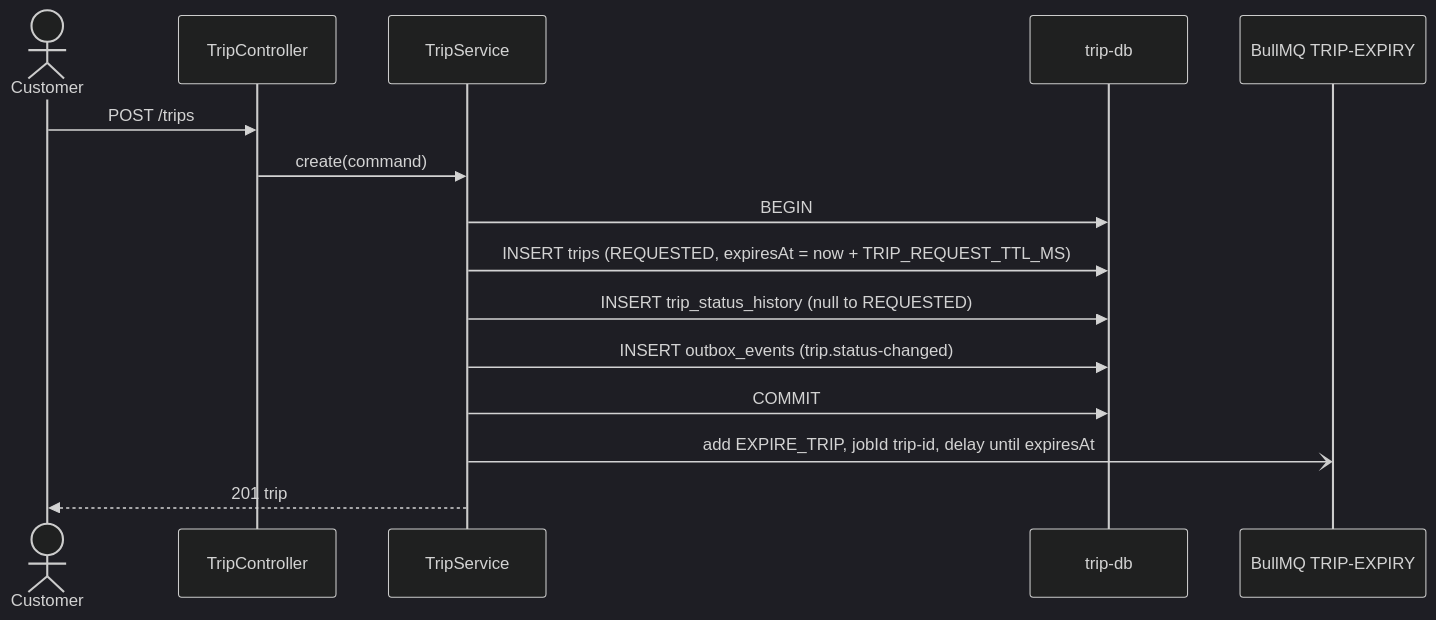
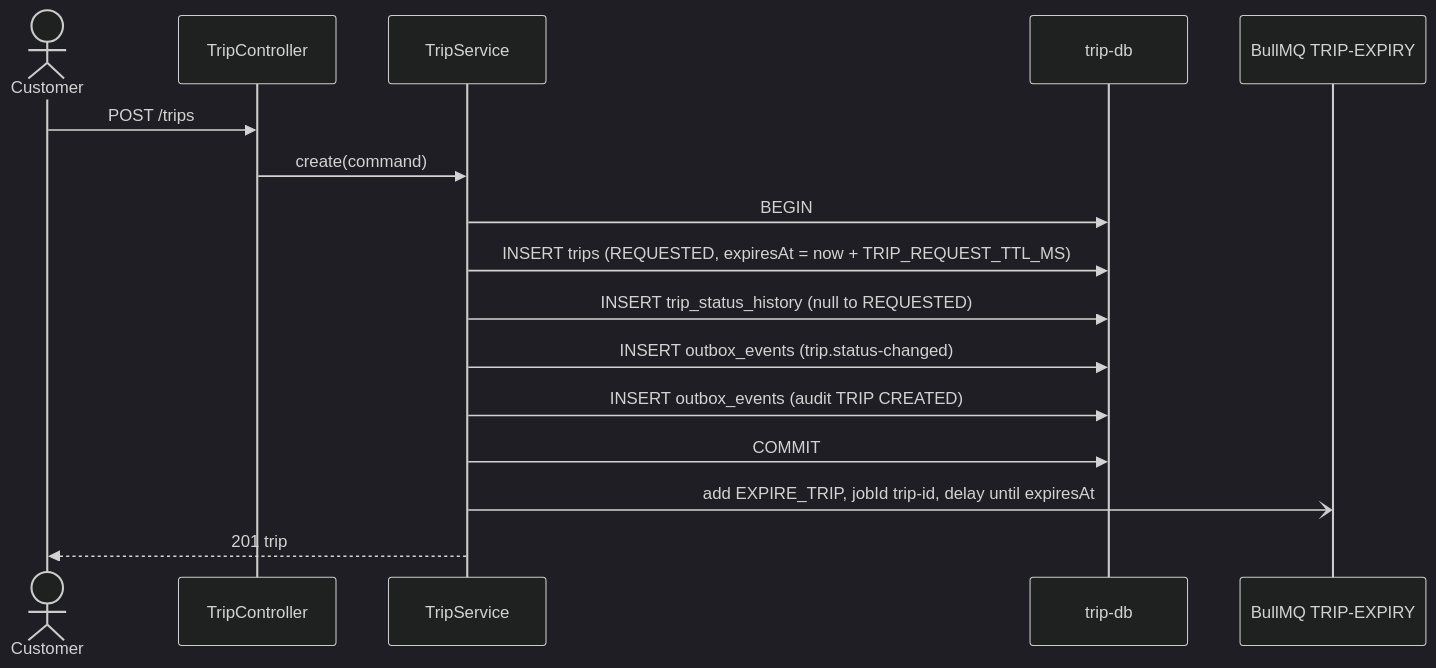
One commit to Mohammed-Taysser/masr3 changed the fifth of 9 diagrams in docs/services/trip-service.md. Above: the diagram before and after it, drawn with Mermaid (dark theme). The commit also changed other lines of this file and 114 other files, not shown here.

````diff
--- a/docs/services/trip-service.md
+++ b/docs/services/trip-service.md
@@ -138,17 +140,18 @@
 ```mermaid
 sequenceDiagram
   actor C as Customer
   participant API as TripController
   participant S as TripService
   participant DB as trip-db
   participant Q as BullMQ TRIP-EXPIRY
   C->>API: POST /trips
   API->>S: create(command)
   S->>DB: BEGIN
   S->>DB: INSERT trips (REQUESTED, expiresAt = now + TRIP_REQUEST_TTL_MS)
   S->>DB: INSERT trip_status_history (null to REQUESTED)
   S->>DB: INSERT outbox_events (trip.status-changed)
+  S->>DB: INSERT outbox_events (audit TRIP CREATED)
   S->>DB: COMMIT
   S-)Q: add EXPIRE_TRIP, jobId trip-id, delay until expiresAt
   S-->>C: 201 trip
 ```
````
